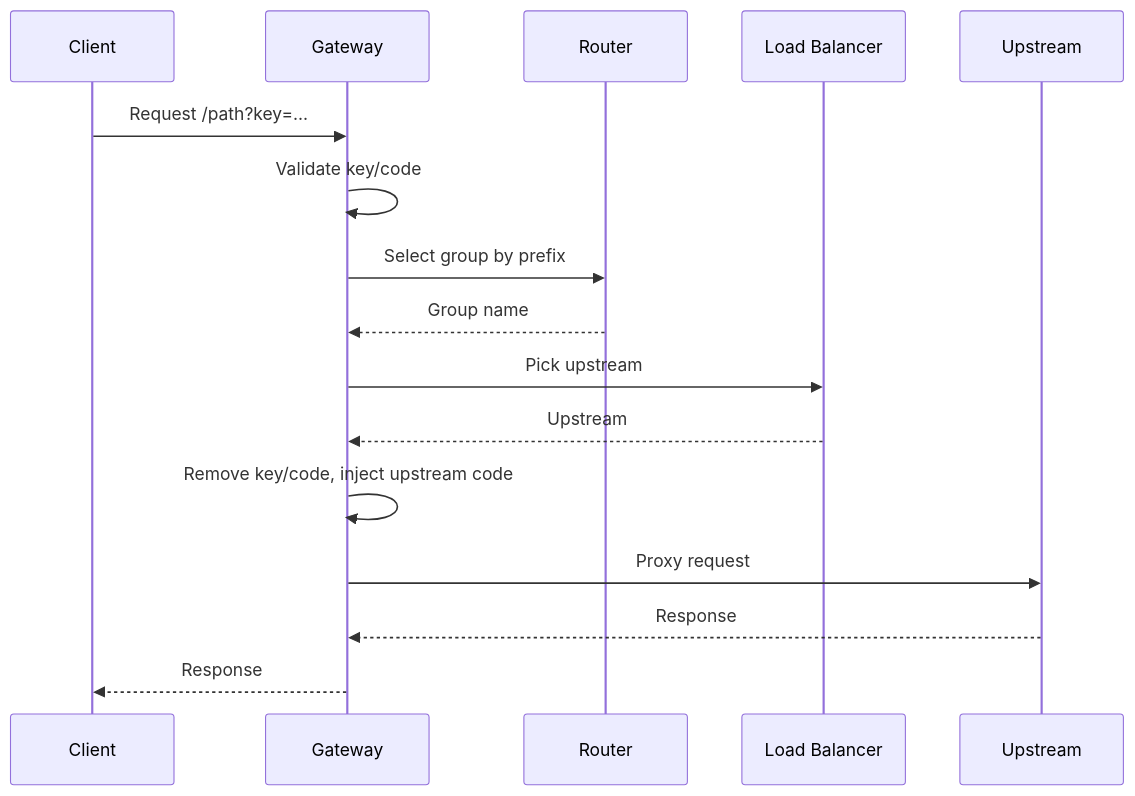
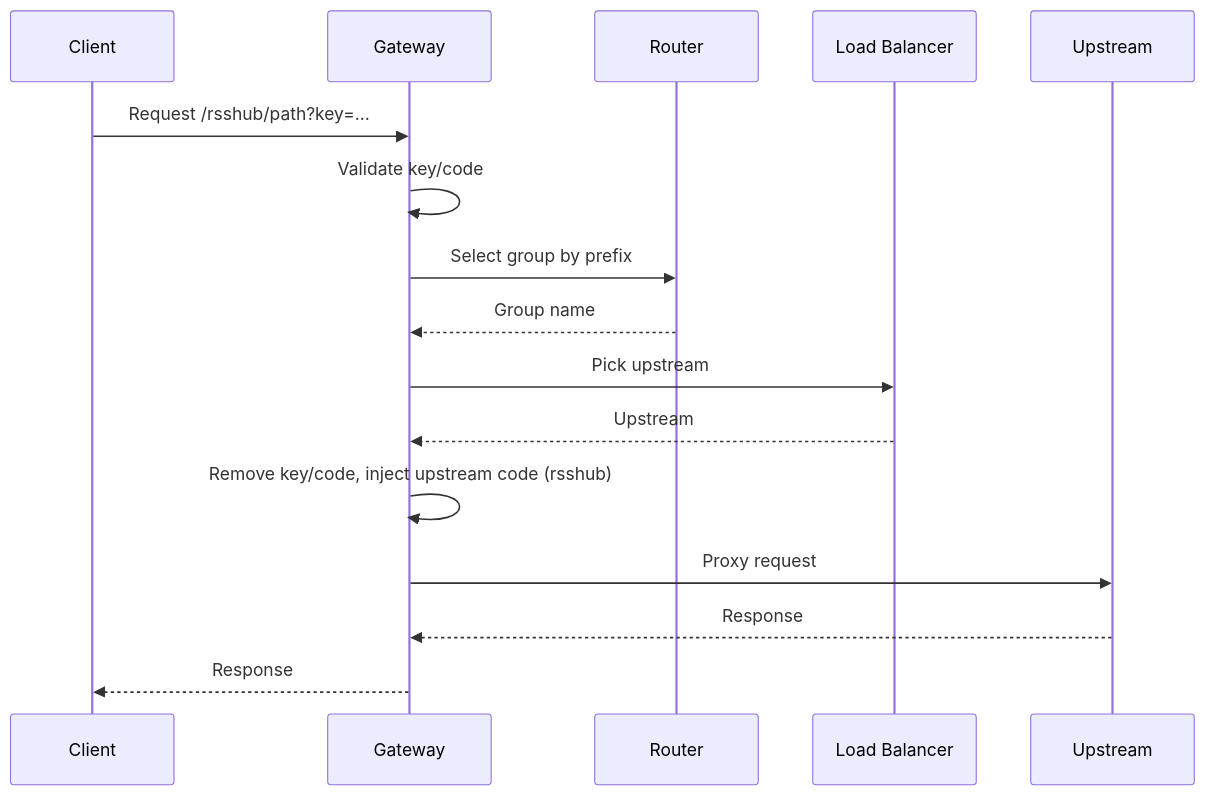
The second of 2 diagrams in README.md (nerdneilsfield/RSSHub-Gateway), drawn with Mermaid before and after one commit. The commit also changed other lines of this file and 9 other files, not shown here.

````diff
--- a/README.md
+++ b/README.md
@@ -39,19 +40,19 @@
 ```mermaid
 sequenceDiagram
     participant C as Client
     participant G as Gateway
     participant R as Router
     participant LB as Load Balancer
     participant U as Upstream
 
-    C->>G: Request /path?key=...
+    C->>G: Request /rsshub/path?key=...
     G->>G: Validate key/code
     G->>R: Select group by prefix
     R-->>G: Group name
     G->>LB: Pick upstream
     LB-->>G: Upstream
-    G->>G: Remove key/code, inject upstream code
+    G->>G: Remove key/code, inject upstream code (rsshub)
     G->>U: Proxy request
     U-->>G: Response
     G-->>C: Response
 ```
````
